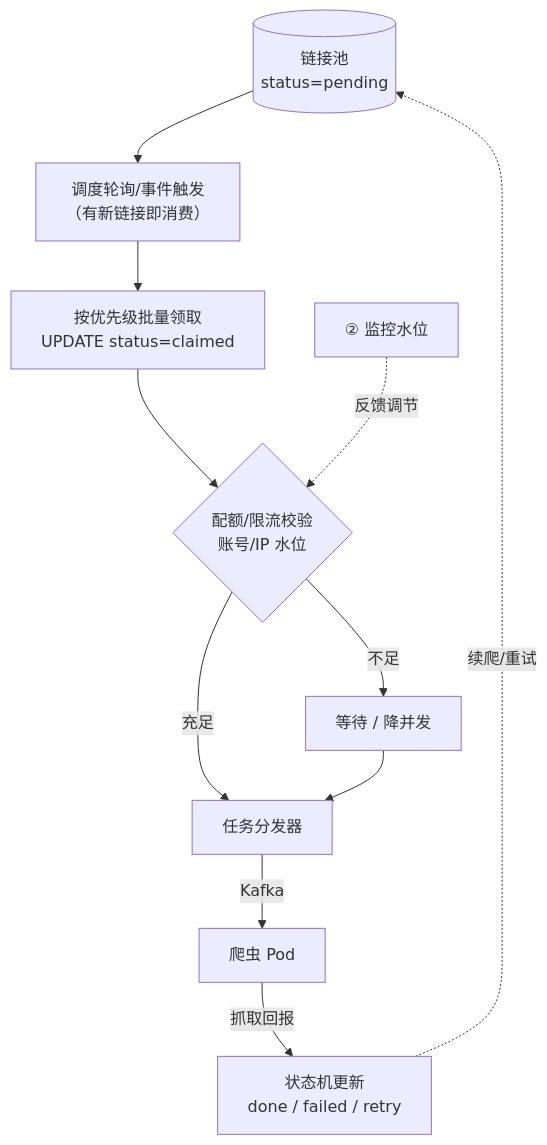
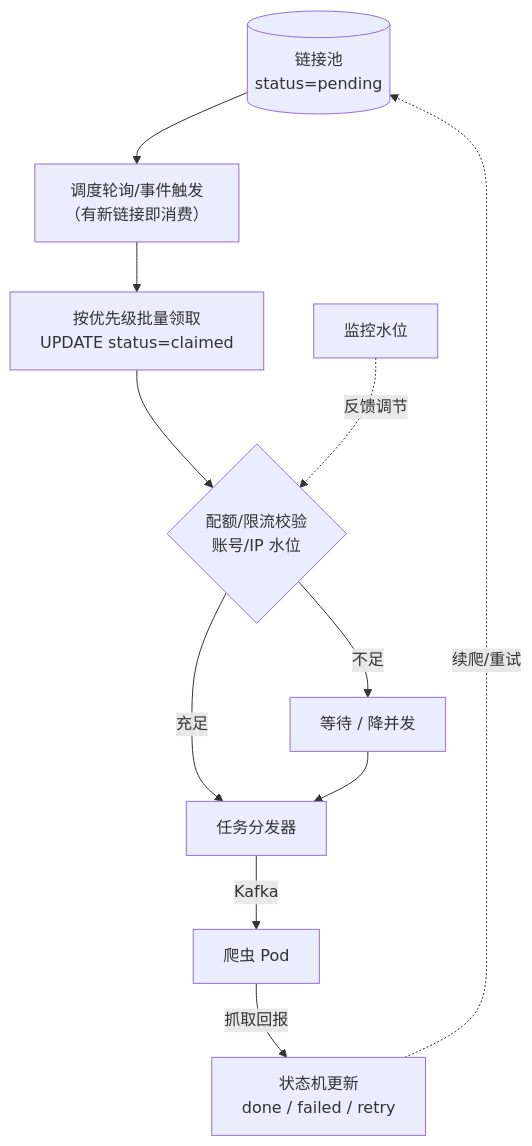
One commit to Sj-g/obsidian changed the third of 6 diagrams in 公司项目/认知作战/软件概要设计简述.md. Above: the diagram before and after it, drawn with Mermaid. The commit also changed other lines of this file, not shown here.

````diff
--- a/公司项目/认知作战/软件概要设计简述.md
+++ b/公司项目/认知作战/软件概要设计简述.md
@@ -142,13 +139,13 @@
 ```mermaid
 flowchart TB
     LP[("链接池<br/>status=pending")] --> POLL["调度轮询/事件触发<br/>（有新链接即消费）"]
     POLL --> FETCH["按优先级批量领取<br/>UPDATE status=claimed"]
     FETCH --> QUOTA{"配额/限流校验<br/>账号/IP 水位"}
     QUOTA -->|"不足"| WAIT["等待 / 降并发"]
     QUOTA -->|"充足"| DISP["任务分发器"]
     WAIT --> DISP
     DISP -->|"Kafka"| POD["爬虫 Pod"]
     POD -->|"抓取回报"| SM["状态机更新<br/>done / failed / retry"]
     SM -.->|"续爬/重试"| LP
-    MON2["② 监控水位"] -.->|"反馈调节"| QUOTA
+    MON2["监控水位"] -.->|"反馈调节"| QUOTA
 ```
````
